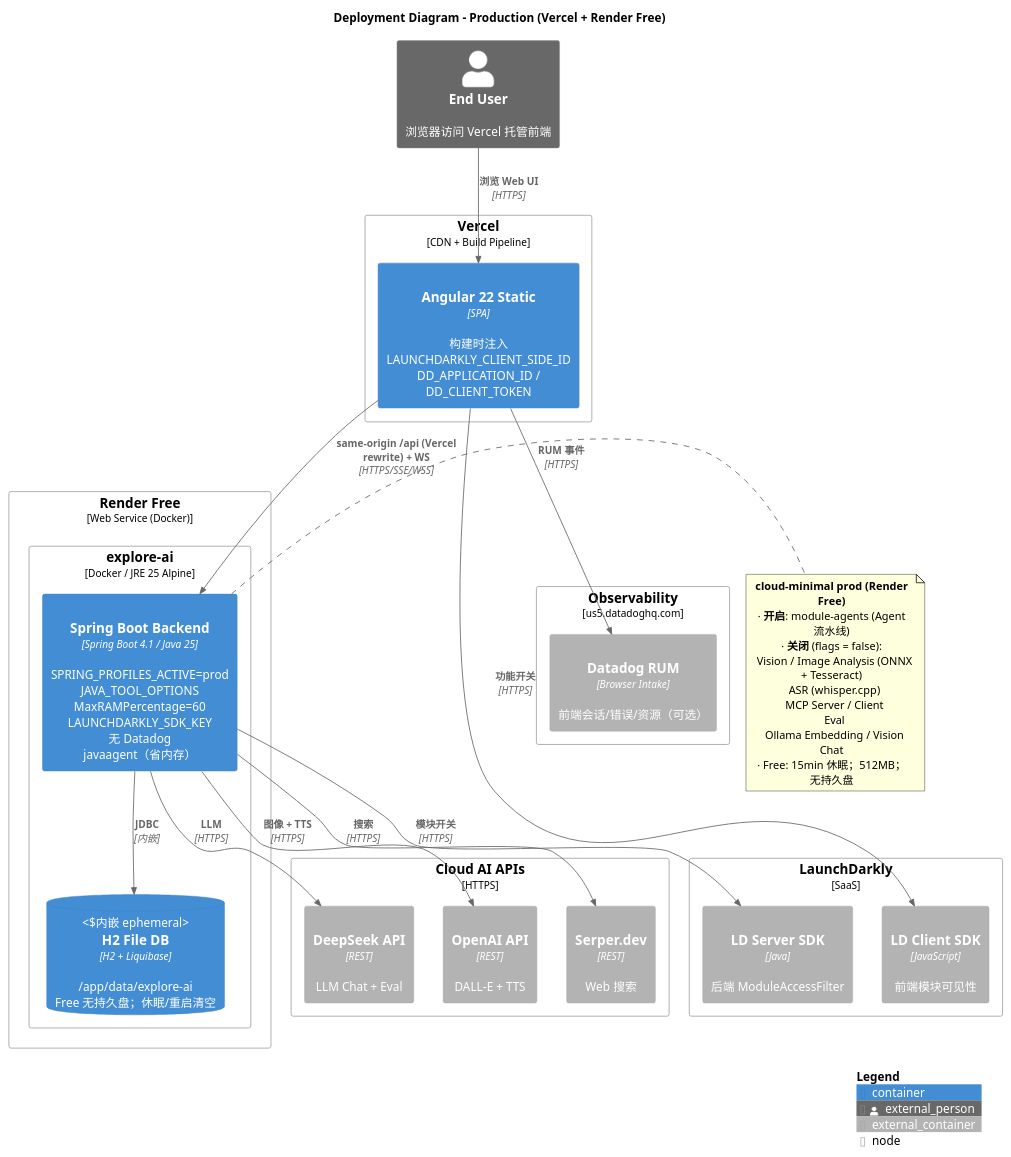
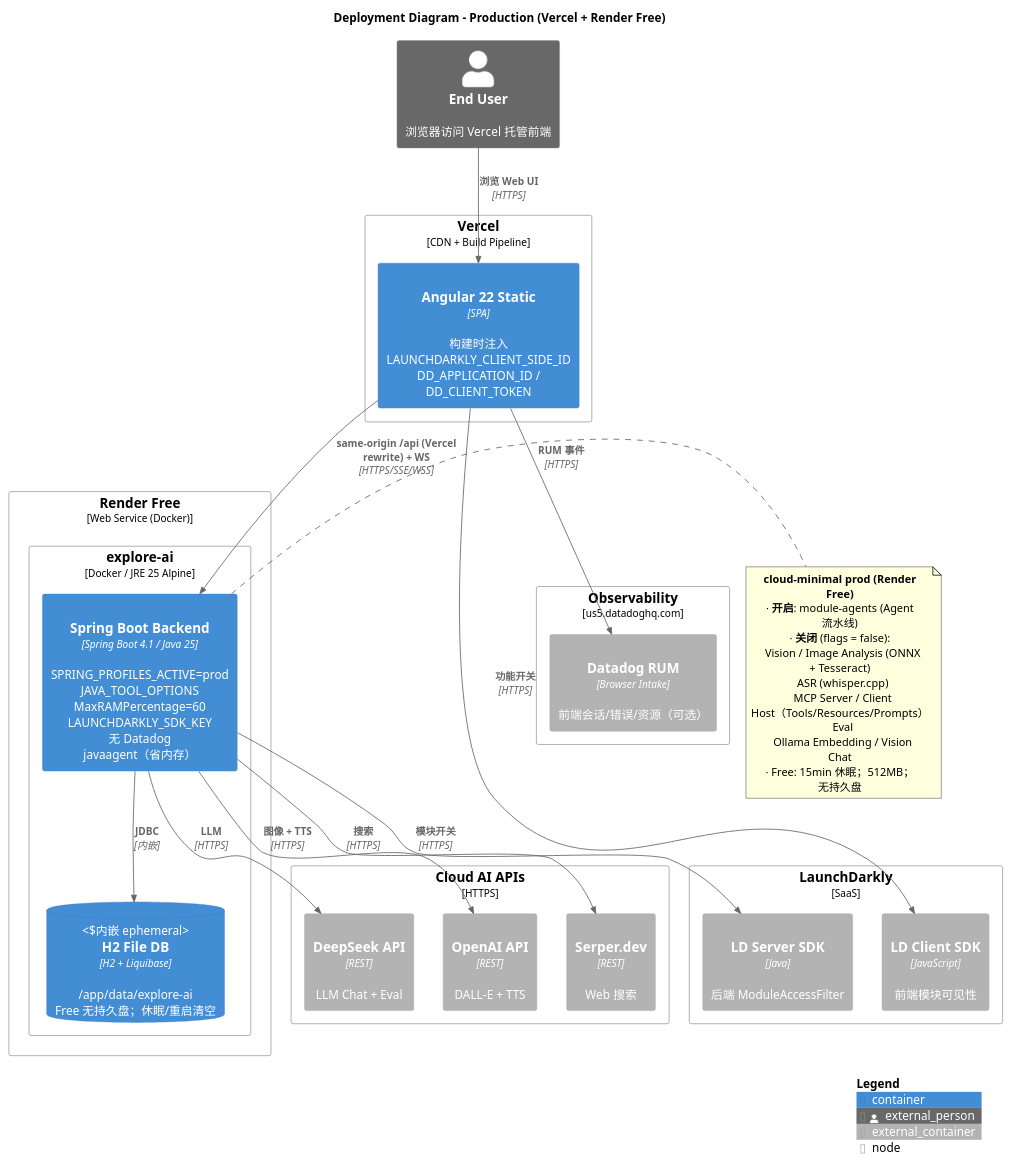
Before and after one commit to felixzhu97/explore-ai: the diagram in docs/developer/c4-model/C4-Deployment-Production.puml, drawn with PlantUML. The commit also changed 15 other files, not shown here.

First line of the commit message:
docs: sync README C4 and USM with MCP Host

```diff
--- a/docs/developer/c4-model/C4-Deployment-Production.puml
+++ b/docs/developer/c4-model/C4-Deployment-Production.puml
@@ -1,64 +1,64 @@
 @startuml C4-Deployment-Production
 !include https://raw.githubusercontent.com/plantuml-stdlib/C4-PlantUML/master/C4_Deployment.puml
 
 LAYOUT_WITH_LEGEND()
 
 title Deployment Diagram - Production (Vercel + Render Free)
 
 Person_Ext(user, "End User", "浏览器访问 Vercel 托管前端")
 
 Deployment_Node(vercel, "Vercel", "CDN + Build Pipeline") {
     Container(angular_static, "Angular 22 Static", "SPA", "构建时注入\nLAUNCHDARKLY_CLIENT_SIDE_ID\nDD_APPLICATION_ID / DD_CLIENT_TOKEN", "HTTPS")
 }
 
 Deployment_Node(render, "Render Free", "Web Service (Docker)") {
     Deployment_Node(explore_ai_svc, "explore-ai", "Docker / JRE 25 Alpine") {
         Container(backend, "Spring Boot Backend", "Spring Boot 4.1 / Java 25", "SPRING_PROFILES_ACTIVE=prod\nJAVA_TOOL_OPTIONS MaxRAMPercentage=60\nLAUNCHDARKLY_SDK_KEY\n无 Datadog javaagent（省内存）", "8080")
         ContainerDb(h2_ephemeral, "H2 File DB", "H2 + Liquibase", "/app/data/explore-ai\nFree 无持久盘；休眠/重启清空", "内嵌 ephemeral")
     }
 }
 
 Deployment_Node(observability, "Observability", "us5.datadoghq.com") {
     Container_Ext(datadog_rum, "Datadog RUM", "Browser Intake", "前端会话/错误/资源（可选）", "HTTPS")
 }
 
 Deployment_Node(feature_flags, "LaunchDarkly", "SaaS") {
     Container_Ext(ld_client, "LD Client SDK", "JavaScript", "前端模块可见性", "HTTPS")
     Container_Ext(ld_server, "LD Server SDK", "Java", "后端 ModuleAccessFilter", "HTTPS")
 }
 
 Deployment_Node(cloud_ai, "Cloud AI APIs", "HTTPS") {
     Container_Ext(deepseek_api, "DeepSeek API", "REST", "LLM Chat + Eval", "HTTPS")
     Container_Ext(openai_api, "OpenAI API", "REST", "DALL-E + TTS", "HTTPS")
     Container_Ext(serper_api, "Serper.dev", "REST", "Web 搜索", "HTTPS")
 }
 
 ' ============================================================
 ' RELATIONSHIPS
 ' ============================================================
 Rel(user, angular_static, "浏览 Web UI", "HTTPS")
 Rel(angular_static, backend, "same-origin /api (Vercel rewrite) + WS", "HTTPS/SSE/WSS")
 Rel(angular_static, datadog_rum, "RUM 事件", "HTTPS")
 Rel(angular_static, ld_client, "功能开关", "HTTPS")
 
 Rel(backend, h2_ephemeral, "JDBC", "内嵌")
 Rel(backend, ld_server, "模块开关", "HTTPS")
 
 Rel(backend, deepseek_api, "LLM", "HTTPS")
 Rel(backend, openai_api, "图像 + TTS", "HTTPS")
 Rel(backend, serper_api, "搜索", "HTTPS")
 
 note right of backend
   **cloud-minimal prod (Render Free)**
   · **开启**: module-agents (Agent 流水线)
   · **关闭** (flags = false):
     Vision / Image Analysis (ONNX + Tesseract)
     ASR (whisper.cpp)
-    MCP Server / Client
+    MCP Server / Client Host（Tools/Resources/Prompts）
     Eval
     Ollama Embedding / Vision Chat
   · Free: 15min 休眠；512MB；无持久盘
 end note
 
 SHOW_LEGEND()
 @enduml
```
